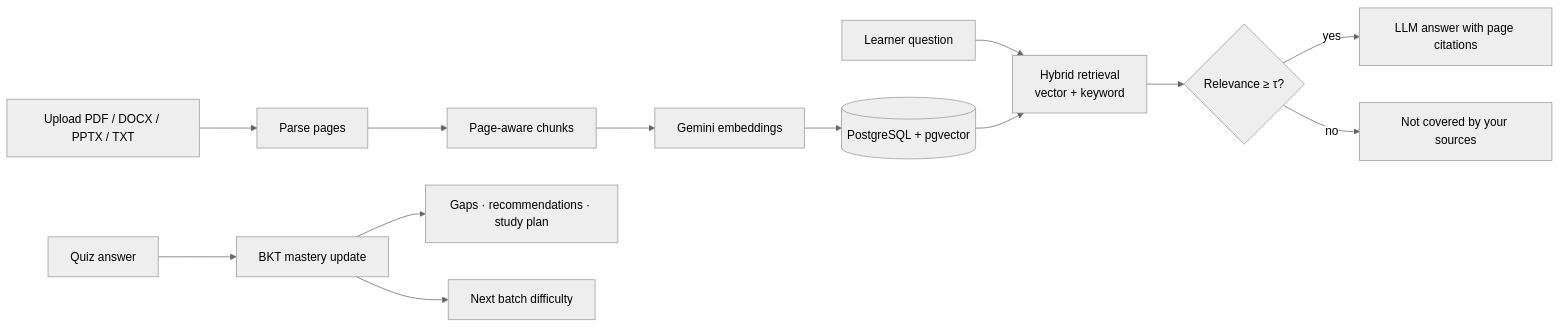
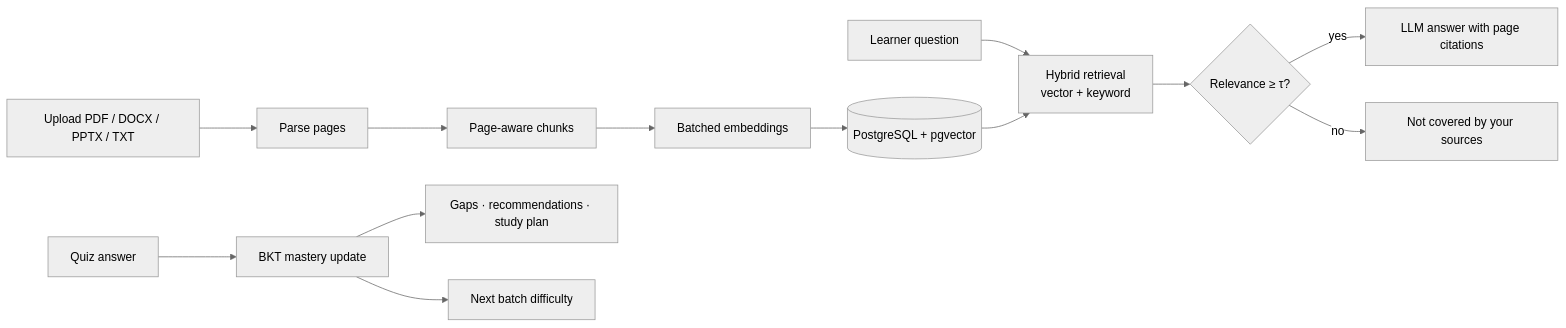
The diagram in README.md (MehveenFatima/lumora-ai), drawn with Mermaid (neutral theme) before and after one commit. The commit also changed other lines of this file and 12 other files, not shown here.

````diff
--- a/README.md
+++ b/README.md
@@ -53,10 +56,10 @@
 ```mermaid
 flowchart LR
-    U[Upload PDF / DOCX / PPTX / TXT] --> P[Parse pages] --> C[Page-aware chunks] --> E[Gemini embeddings] --> V[(PostgreSQL + pgvector)]
+    U[Upload PDF / DOCX / PPTX / TXT] --> P[Parse pages] --> C[Page-aware chunks] --> E[Batched embeddings] --> V[(PostgreSQL + pgvector)]
     Q[Learner question] --> R[Hybrid retrieval<br/>vector + keyword] --> G{Relevance ≥ τ?}
     V --> R
     G -->|yes| L[LLM answer with page citations]
     G -->|no| N[Not covered by your sources]
     Z[Quiz answer] --> B[BKT mastery update] --> K[Gaps · recommendations · study plan]
     B --> A[Next batch difficulty]
 ```
````
